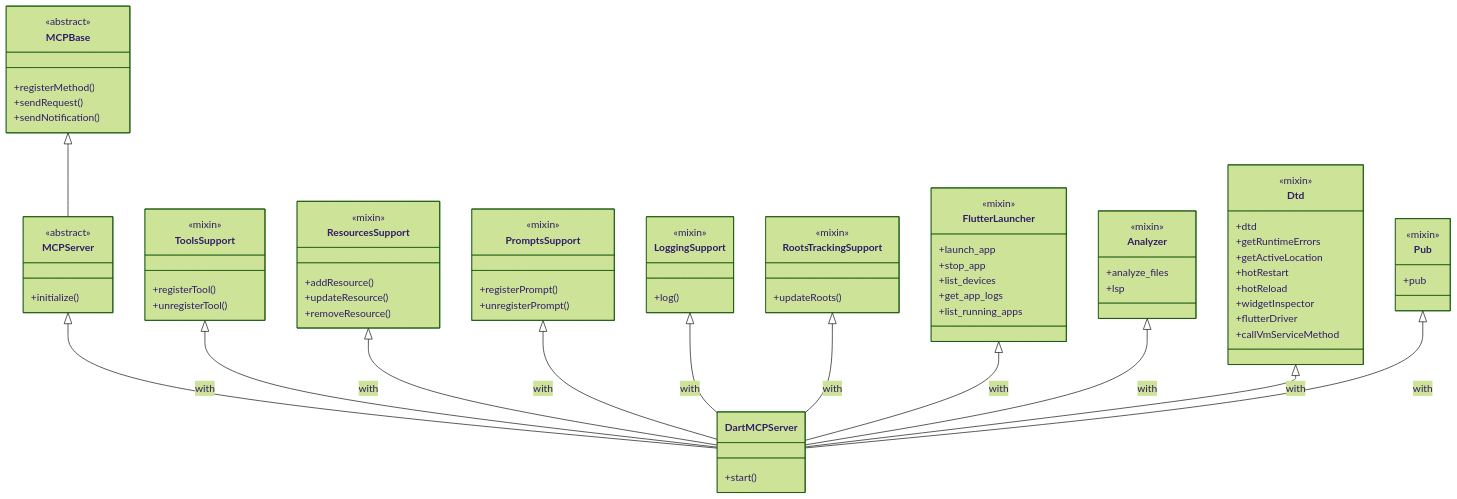
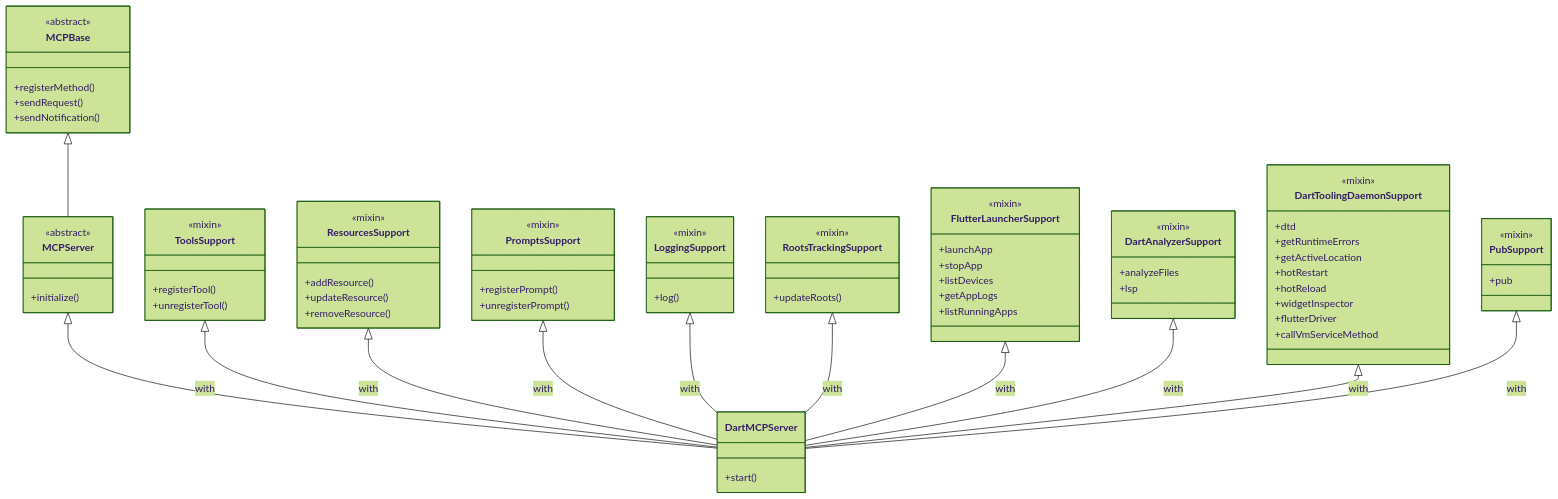
The second of 3 diagrams in pkgs/dart_mcp_server/ARCHITECTURE.md (dart-lang/ai), drawn with Mermaid (forest theme) before and after one commit. The commit also changed other lines of this file, not shown here.

Commit message:
Address PR comments by fixing mixin and tool names

````diff
--- a/pkgs/dart_mcp_server/ARCHITECTURE.md
+++ b/pkgs/dart_mcp_server/ARCHITECTURE.md
@@ -84,22 +84,22 @@
         +start()
     }
 
-    class FlutterLauncher { 
+    class FlutterLauncherSupport { 
         <<mixin>> 
-        +launch_app
-        +stop_app
-        +list_devices
-        +get_app_logs
-        +list_running_apps
+        +launchApp
+        +stopApp
+        +listDevices
+        +getAppLogs
+        +listRunningApps
     }
 
-    class Analyzer { 
+    class DartAnalyzerSupport { 
         <<mixin>> 
-        +analyze_files
+        +analyzeFiles
         +lsp
     }
 
-    class Dtd { 
+    class DartToolingDaemonSupport { 
         <<mixin>> 
         +dtd
         +getRuntimeErrors
@@ -111,7 +111,7 @@
         +callVmServiceMethod
     }
 
-    class Pub { 
+    class PubSupport { 
         <<mixin>> 
         +pub
     }
@@ -125,8 +125,8 @@
     LoggingSupport <|-- DartMCPServer : with
     RootsTrackingSupport <|-- DartMCPServer : with
 
-    FlutterLauncher <|-- DartMCPServer : with
-    Analyzer <|-- DartMCPServer : with
-    Dtd <|-- DartMCPServer : with
-    Pub <|-- DartMCPServer : with
+    FlutterLauncherSupport <|-- DartMCPServer : with
+    DartAnalyzerSupport <|-- DartMCPServer : with
+    DartToolingDaemonSupport <|-- DartMCPServer : with
+    PubSupport <|-- DartMCPServer : with
 ```
````
